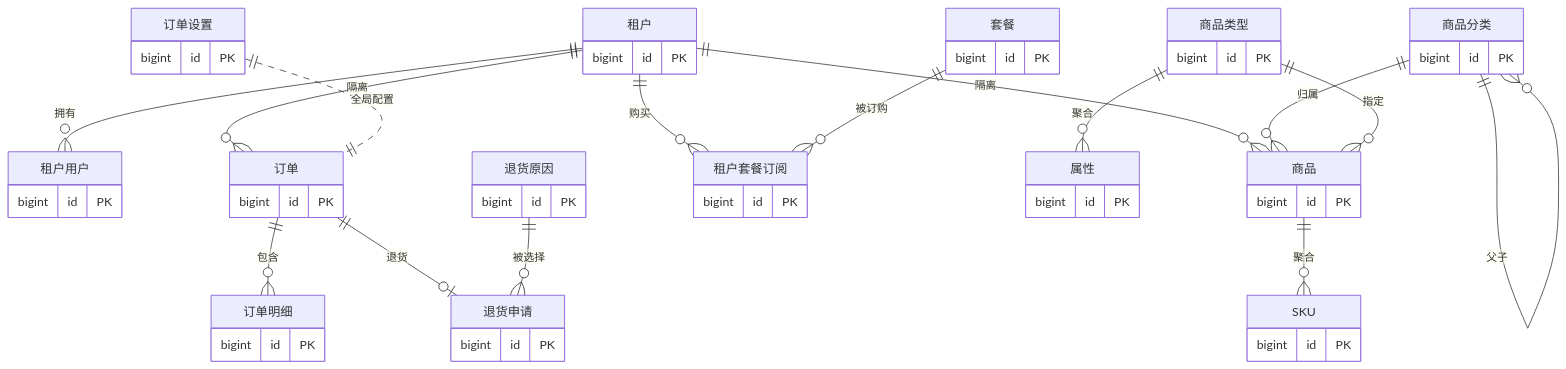
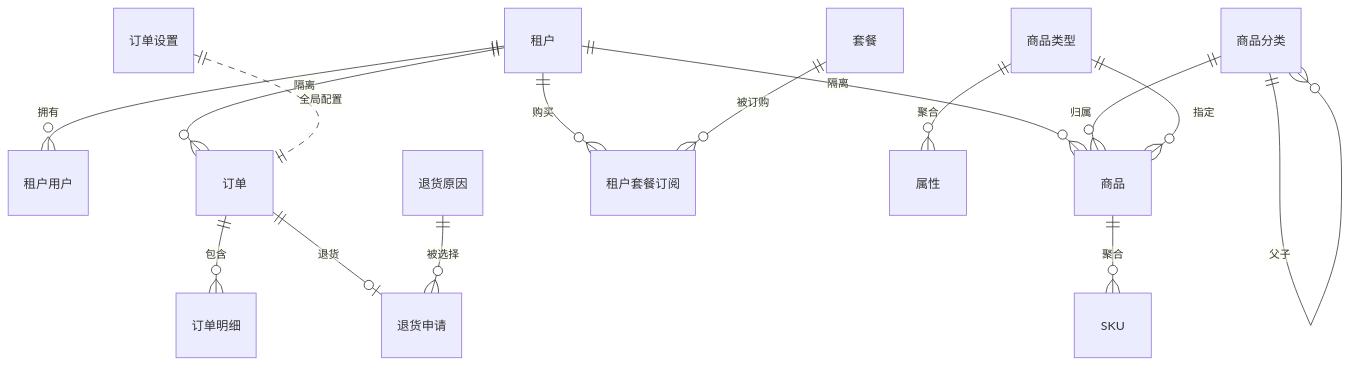
Before and after one commit to zzy-repo/qiqi-mall: the diagram in docs/er/overview.mmd, drawn with Mermaid. The commit also changed 1 other file, not shown here.

Commit message:
docs: 总览 ER 图只保留实体与关系

```diff
--- a/docs/er/overview.mmd
+++ b/docs/er/overview.mmd
@@ -1,32 +1,17 @@
 erDiagram
     租户 ||--o{ 租户用户 : "拥有"
     租户 ||--o{ 商品 : "隔离"
     租户 ||--o{ 订单 : "隔离"
     租户 ||--o{ 租户套餐订阅 : "购买"
     套餐 ||--o{ 租户套餐订阅 : "被订购"
 
     商品分类 ||--o{ 商品分类 : "父子"
     商品分类 ||--o{ 商品 : "归属"
     商品类型 ||--o{ 属性 : "聚合"
     商品类型 ||--o{ 商品 : "指定"
     商品 ||--o{ SKU : "聚合"
 
     订单 ||--o{ 订单明细 : "包含"
     订单 ||--o| 退货申请 : "退货"
     退货原因 ||--o{ 退货申请 : "被选择"
     订单设置 ||..|| 订单 : "全局配置"
-
-    租户 { bigint id PK }
-    套餐 { bigint id PK }
-    商品分类 { bigint id PK }
-    商品类型 { bigint id PK }
-    属性 { bigint id PK }
-    商品 { bigint id PK }
-    SKU { bigint id PK }
-    订单 { bigint id PK }
-    订单明细 { bigint id PK }
-    退货申请 { bigint id PK }
-    退货原因 { bigint id PK }
-    订单设置 { bigint id PK }
-    租户用户 { bigint id PK }
-    租户套餐订阅 { bigint id PK }
```
